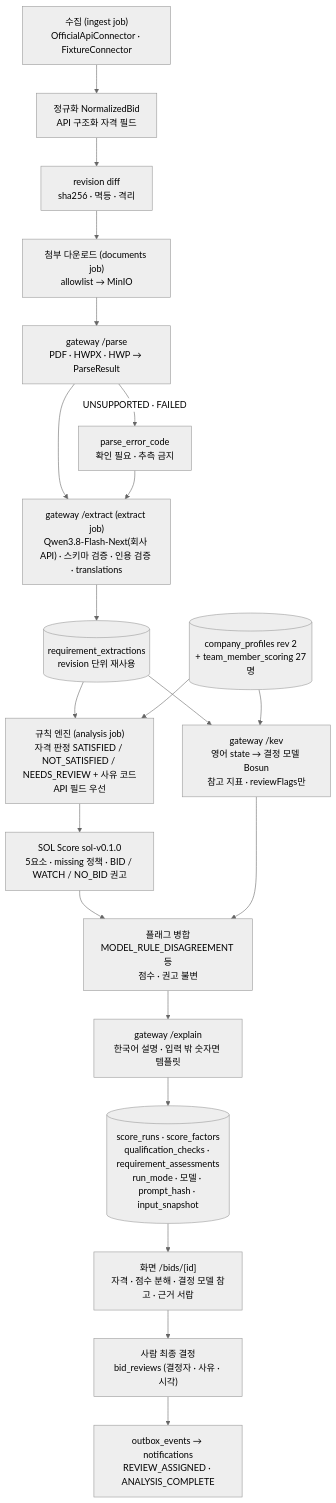
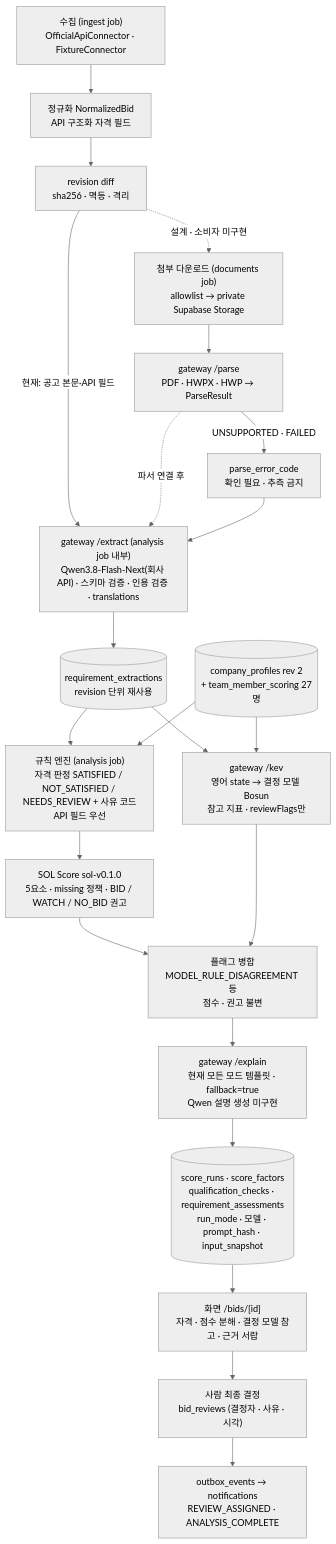
The second of 2 diagrams in docs/submission/architecture.md (solideoai/sol-radar), drawn with Mermaid (neutral theme) before and after one commit. The commit also changed other lines of this file and 36 other files, not shown here.

````diff
--- a/docs/submission/architecture.md
+++ b/docs/submission/architecture.md
@@ -58,23 +59,24 @@
 ```mermaid
 flowchart TD
  A["수집 (ingest job)<br/>OfficialApiConnector · FixtureConnector"] --> N["정규화 NormalizedBid<br/>API 구조화 자격 필드"]
  N --> R1["revision diff<br/>sha256 · 멱등 · 격리"]
- R1 --> D["첨부 다운로드 (documents job)<br/>allowlist → MinIO"]
+ R1 -. "설계 · 소비자 미구현" .-> D["첨부 다운로드 (documents job)<br/>allowlist → private Supabase Storage"]
  D --> P["gateway /parse<br/>PDF · HWPX · HWP → ParseResult"]
  P -->|UNSUPPORTED · FAILED| PE["parse_error_code<br/>확인 필요 · 추측 금지"]
- P --> E["gateway /extract (extract job)<br/>Qwen3.8-Flash-Next(회사 API) · 스키마 검증 · 인용 검증 · translations"]
+ R1 -->|현재: 공고 본문·API 필드| E["gateway /extract (analysis job 내부)<br/>Qwen3.8-Flash-Next(회사 API) · 스키마 검증 · 인용 검증 · translations"]
+ P -. "파서 연결 후" .-> E
  PE --> E
  E --> X[("requirement_extractions<br/>revision 단위 재사용")]
  X --> RE["규칙 엔진 (analysis job)<br/>자격 판정 SATISFIED / NOT_SATISFIED / NEEDS_REVIEW + 사유 코드<br/>API 필드 우선"]
  CP[("company_profiles rev 2<br/>+ team_member_scoring 27명")] --> RE
  RE --> S["SOL Score sol-v0.1.0<br/>5요소 · missing 정책 · BID / WATCH / NO_BID 권고"]
  X --> K["gateway /kev<br/>영어 state → 결정 모델 Bosun<br/>참고 지표 · reviewFlags만"]
  CP --> K
  S --> F["플래그 병합<br/>MODEL_RULE_DISAGREEMENT 등<br/>점수 · 권고 불변"]
  K --> F
- F --> EX["gateway /explain<br/>한국어 설명 · 입력 밖 숫자면 템플릿"]
+ F --> EX["gateway /explain<br/>현재 모든 모드 템플릿 · fallback=true<br/>Qwen 설명 생성 미구현"]
  EX --> Z[("score_runs · score_factors<br/>qualification_checks · requirement_assessments<br/>run_mode · 모델 · prompt_hash · input_snapshot")]
  Z --> UI["화면 /bids/[id]<br/>자격 · 점수 분해 · 결정 모델 참고 · 근거 서랍"]
  UI --> H["사람 최종 결정<br/>bid_reviews (결정자 · 사유 · 시각)"]
  H --> O["outbox_events → notifications<br/>REVIEW_ASSIGNED · ANALYSIS_COMPLETE"]
 ```
````
